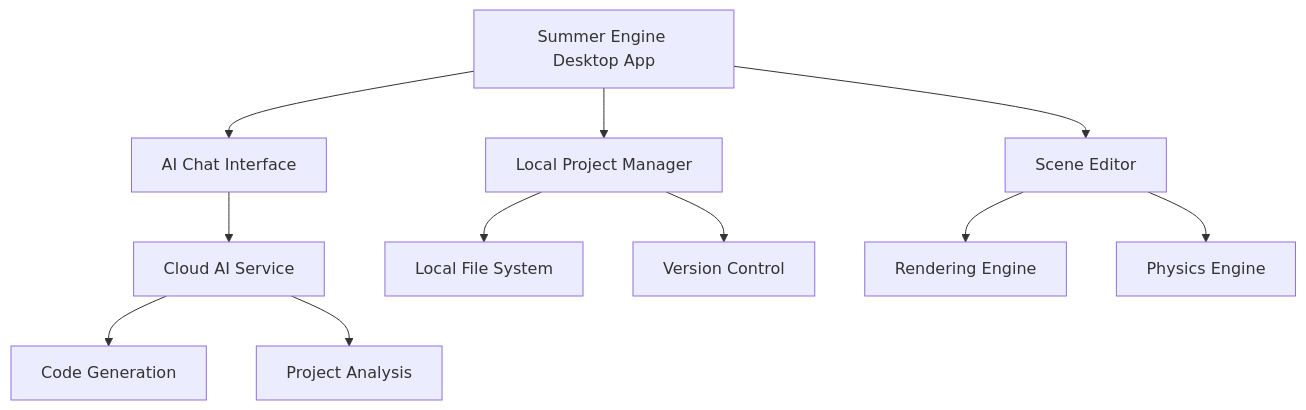
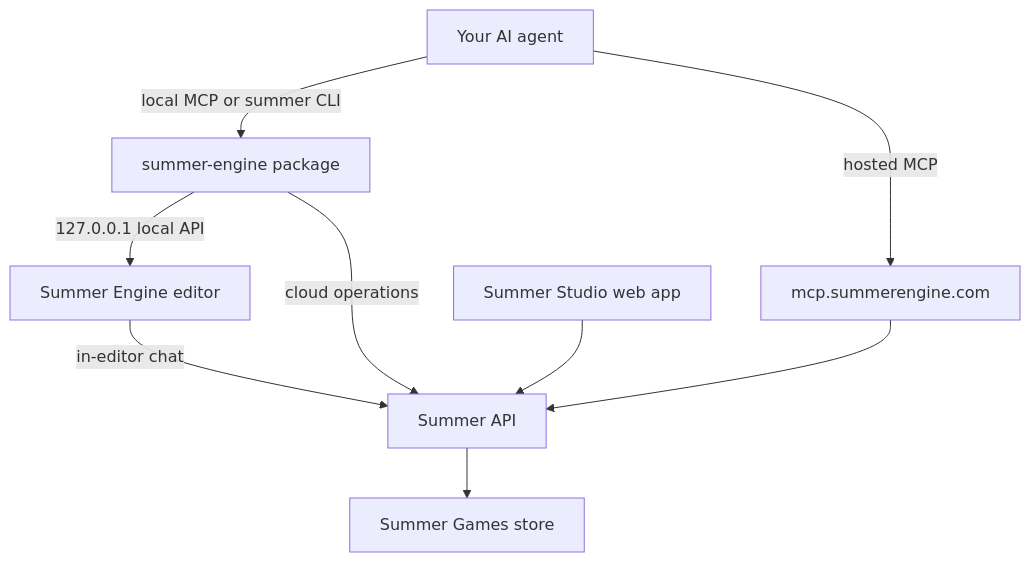
The diagram in development/architecture.mdx (SummerEngine/docs), drawn with Mermaid before and after one commit. The commit also changed other lines of this file and 24 other files, not shown here.

````diff
--- a/development/architecture.mdx
+++ b/development/architecture.mdx
@@ -11,16 +12,11 @@
 ```mermaid
 graph TB
-    A[Summer Engine Desktop App] --> B[Local Project Manager]
-    A --> C[AI Chat Interface]
-    A --> D[Scene Editor]
-    
-    C --> E[Cloud AI Service]
-    E --> F[Code Generation]
-    E --> G[Project Analysis]
-    
-    B --> H[Local File System]
-    B --> I[Version Control]
-    
-    D --> J[Rendering Engine]
-    D --> K[Physics Engine]
+    A[Your AI agent] -->|local MCP or summer CLI| B[summer-engine package]
+    A -->|hosted MCP| C[mcp.summerengine.com]
+    B -->|127.0.0.1 local API| D[Summer Engine editor]
+    B -->|cloud operations| E[Summer API]
+    C --> E
+    D -->|in-editor chat| E
+    F[Summer Studio web app] --> E
+    E --> G[Summer Games store]
 ```
````
